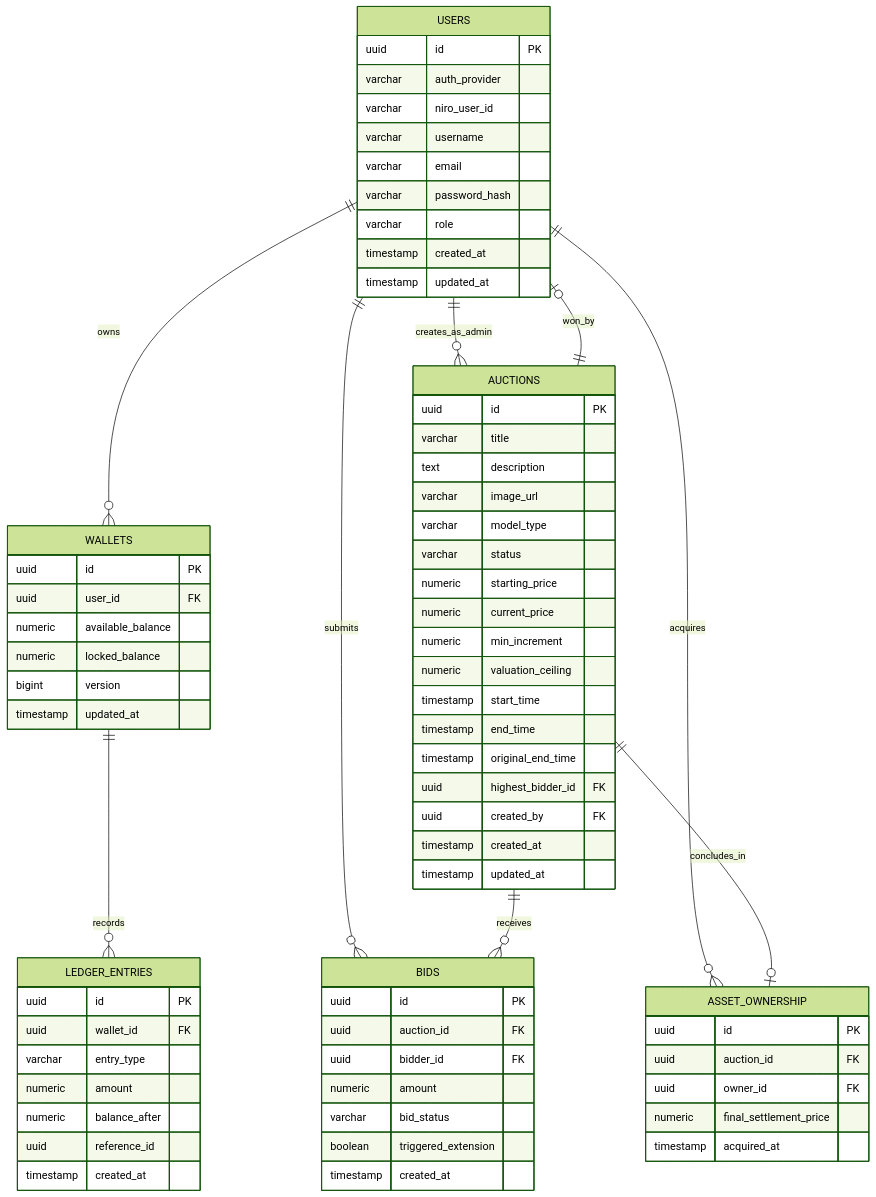
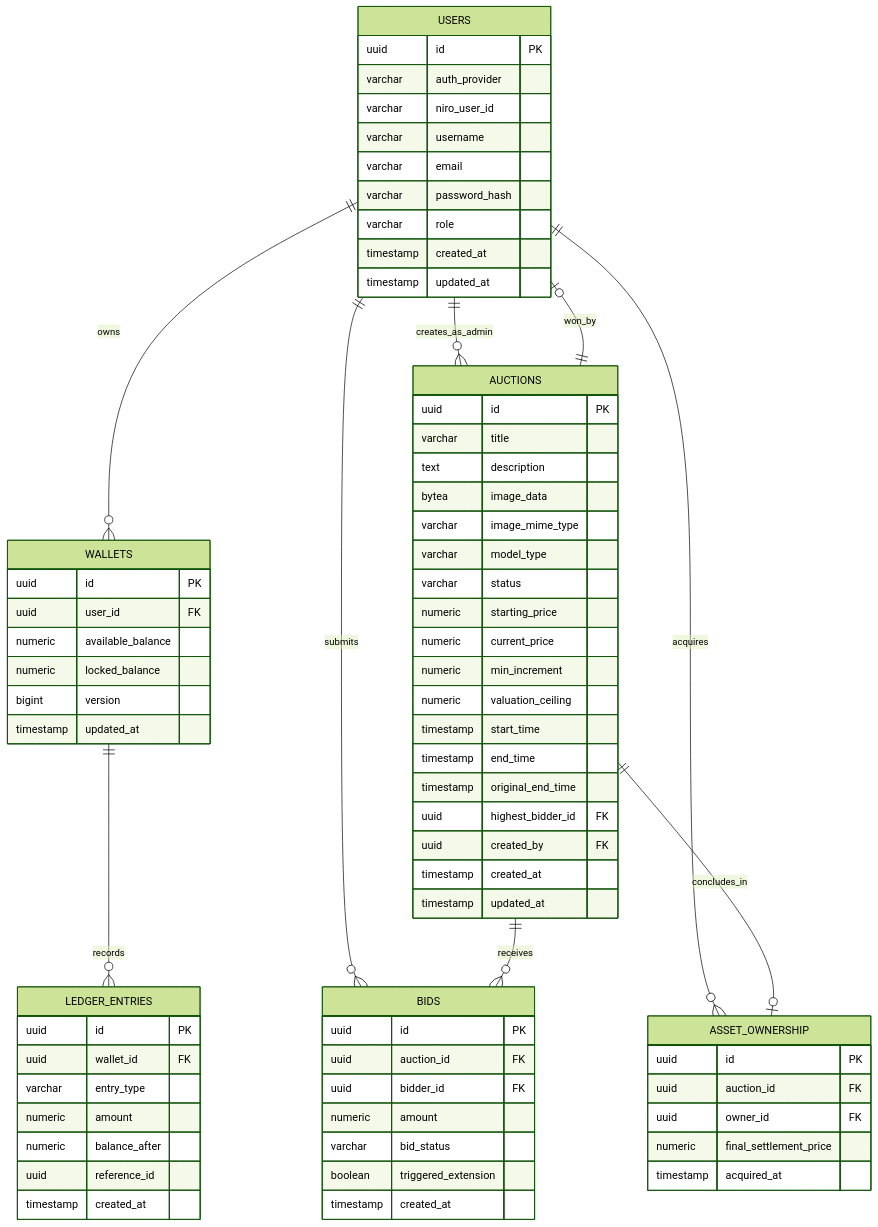
One commit to daniesalim304/SALT-HACKATON-2026 changed the diagram in 02_Projects/real-time-auction-engine/06_Data_Design/database-schema.md. Above: the diagram before and after it, drawn with Mermaid (forest theme). The commit also changed other lines of this file and 137 other files, not shown here.

````diff
--- a/02_Projects/real-time-auction-engine/06_Data_Design/database-schema.md
+++ b/02_Projects/real-time-auction-engine/06_Data_Design/database-schema.md
@@ -32,80 +32,81 @@
 ```mermaid
 erDiagram
     USERS ||--o{ WALLETS : owns
     WALLETS ||--o{ LEDGER_ENTRIES : records
     USERS ||--o{ AUCTIONS : creates_as_admin
     USERS ||--o{ BIDS : submits
     USERS ||--o{ ASSET_OWNERSHIP : acquires
     AUCTIONS ||--o{ BIDS : receives
     AUCTIONS ||--o| ASSET_OWNERSHIP : concludes_in
     AUCTIONS ||--o| USERS : won_by
 
     USERS {
         uuid id PK
         varchar auth_provider
         varchar niro_user_id
         varchar username
         varchar email
         varchar password_hash
         varchar role
         timestamp created_at
         timestamp updated_at
     }
 
     WALLETS {
         uuid id PK
         uuid user_id FK
         numeric available_balance
         numeric locked_balance
         bigint version
         timestamp updated_at
     }
 
     LEDGER_ENTRIES {
         uuid id PK
         uuid wallet_id FK
         varchar entry_type
         numeric amount
         numeric balance_after
         uuid reference_id
         timestamp created_at
     }
 
     AUCTIONS {
         uuid id PK
         varchar title
         text description
-        varchar image_url
+        bytea image_data
+        varchar image_mime_type
         varchar model_type
         varchar status
         numeric starting_price
         numeric current_price
         numeric min_increment
         numeric valuation_ceiling
         timestamp start_time
         timestamp end_time
         timestamp original_end_time
         uuid highest_bidder_id FK
         uuid created_by FK
         timestamp created_at
         timestamp updated_at
     }
 
     BIDS {
         uuid id PK
         uuid auction_id FK
         uuid bidder_id FK
         numeric amount
         varchar bid_status
         boolean triggered_extension
         timestamp created_at
     }
 
     ASSET_OWNERSHIP {
         uuid id PK
         uuid auction_id FK
         uuid owner_id FK
         numeric final_settlement_price
         timestamp acquired_at
     }
 ```
````
